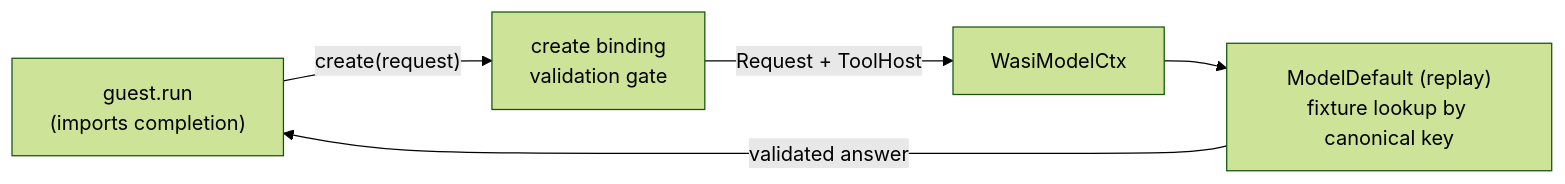
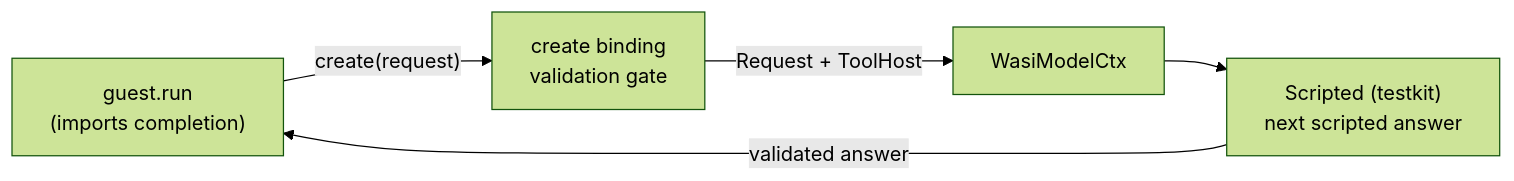
One commit to augentic/omnia changed the diagram in examples/model/README.md. Above: the diagram before and after it, drawn with Mermaid (forest theme). The commit also changed other lines of this file and 57 other files, not shown here.

````diff
--- a/examples/model/README.md
+++ b/examples/model/README.md
@@ -14,7 +11,7 @@
 ```mermaid
 flowchart LR
   guest["guest.run<br/>(imports completion)"] -->|"create(request)"| bind["create binding<br/>validation gate"]
   bind -->|"Request + ToolHost"| ctx["WasiModelCtx"]
-  ctx --> replay["ModelDefault (replay)<br/>fixture lookup by canonical key"]
-  replay -->|"validated answer"| guest
+  ctx --> scripted["Scripted (testkit)<br/>next scripted answer"]
+  scripted -->|"validated answer"| guest
 ```
````
